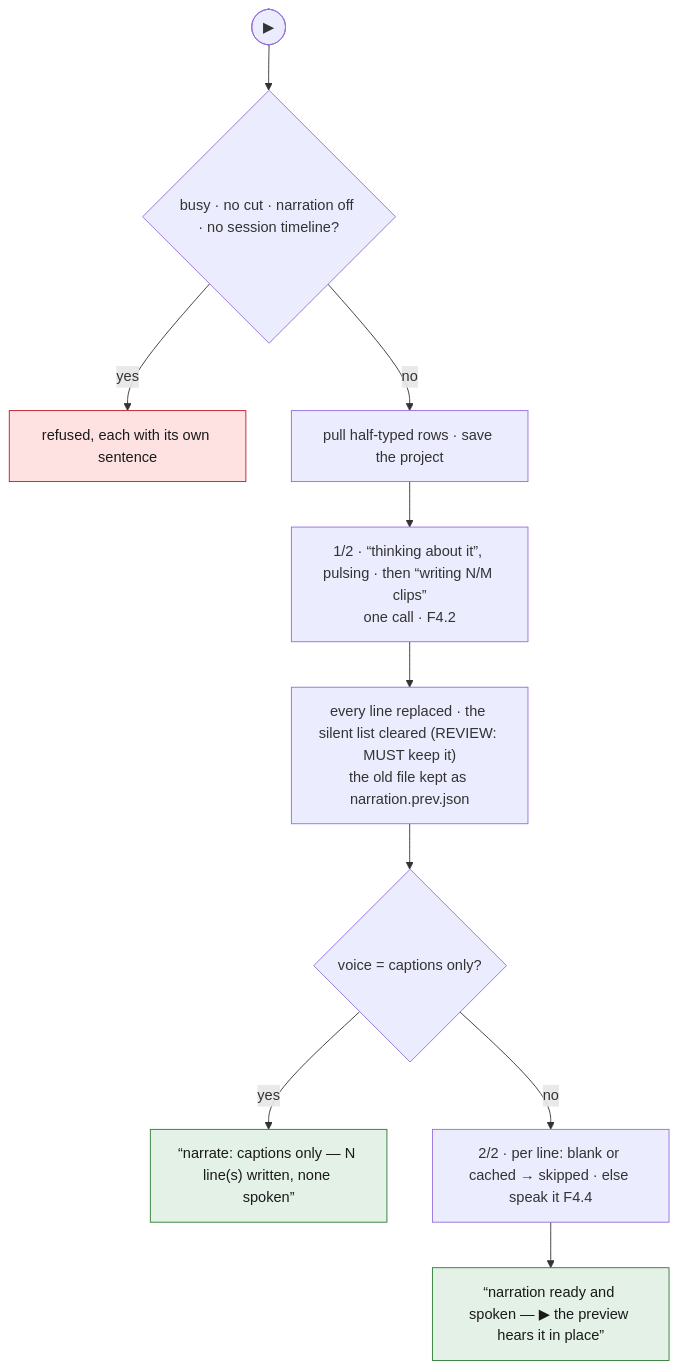
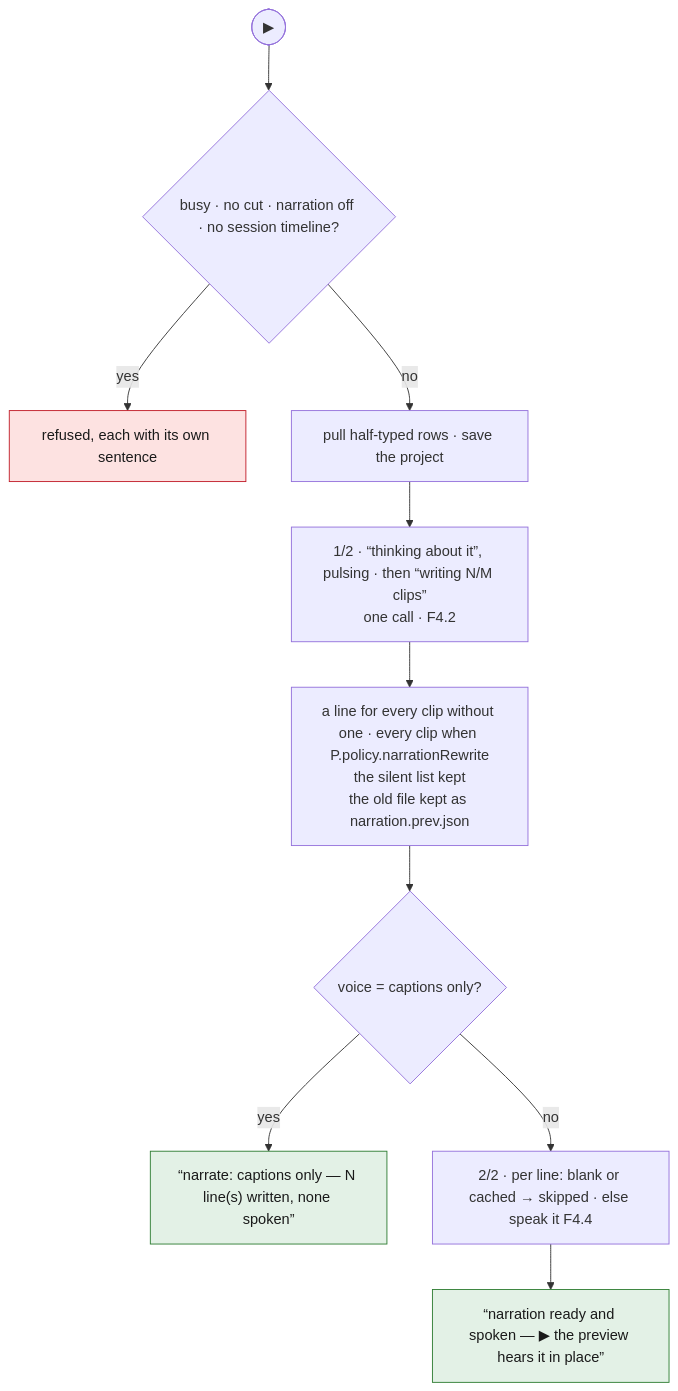
The first of 8 diagrams in spec/07-narrate.md (tbocek/naivepost), drawn with Mermaid before and after one commit. The commit also changed other lines of this file and 16 other files, not shown here.

````diff
--- a/spec/07-narrate.md
+++ b/spec/07-narrate.md
@@ -33,15 +33,15 @@
 ```mermaid
 flowchart TD
   A(["▶"]) --> G{"busy · no cut · narration off · no session timeline?"}
   G -- yes --> R["refused, each with its own sentence"]:::refuse
   G -- no --> P["pull half-typed rows · save the project"]
   P --> W["1/2 · “thinking about it”, pulsing · then “writing N/M clips”<br/>one call · F4.2"]
-  W --> REP["every line replaced · the silent list cleared (REVIEW: MUST keep it)<br/>the old file kept as narration.prev.json"]
+  W --> REP["a line for every clip without one · every clip when P.policy.narrationRewrite<br/>the silent list kept<br/>the old file kept as narration.prev.json"]
   REP --> CO{"voice = captions only?"}
   CO -- yes --> C["“narrate: captions only — N line(s) written, none spoken”"]:::done
   CO -- no --> S["2/2 · per line: blank or cached → skipped · else speak it F4.4"]
   S --> OK["“narration ready and spoken — ▶ the preview hears it in place”"]:::done
   classDef refuse fill:#fde2e1,stroke:#c01c28,color:#1a1a1a
   classDef done fill:#e3f1e6,stroke:#2e7d32,color:#1a1a1a
   classDef ask fill:#e8eefc,stroke:#3a63c8,color:#1a1a1a
 ```
````
